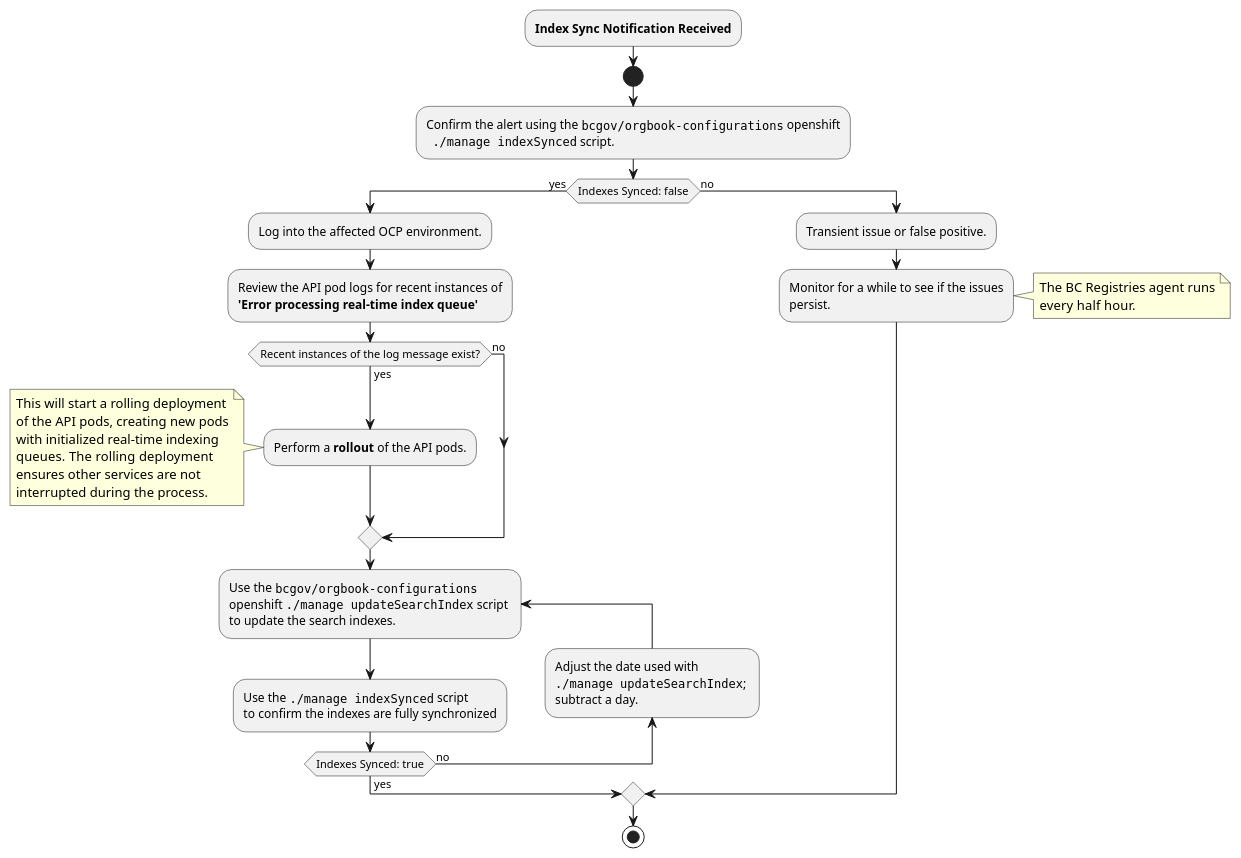
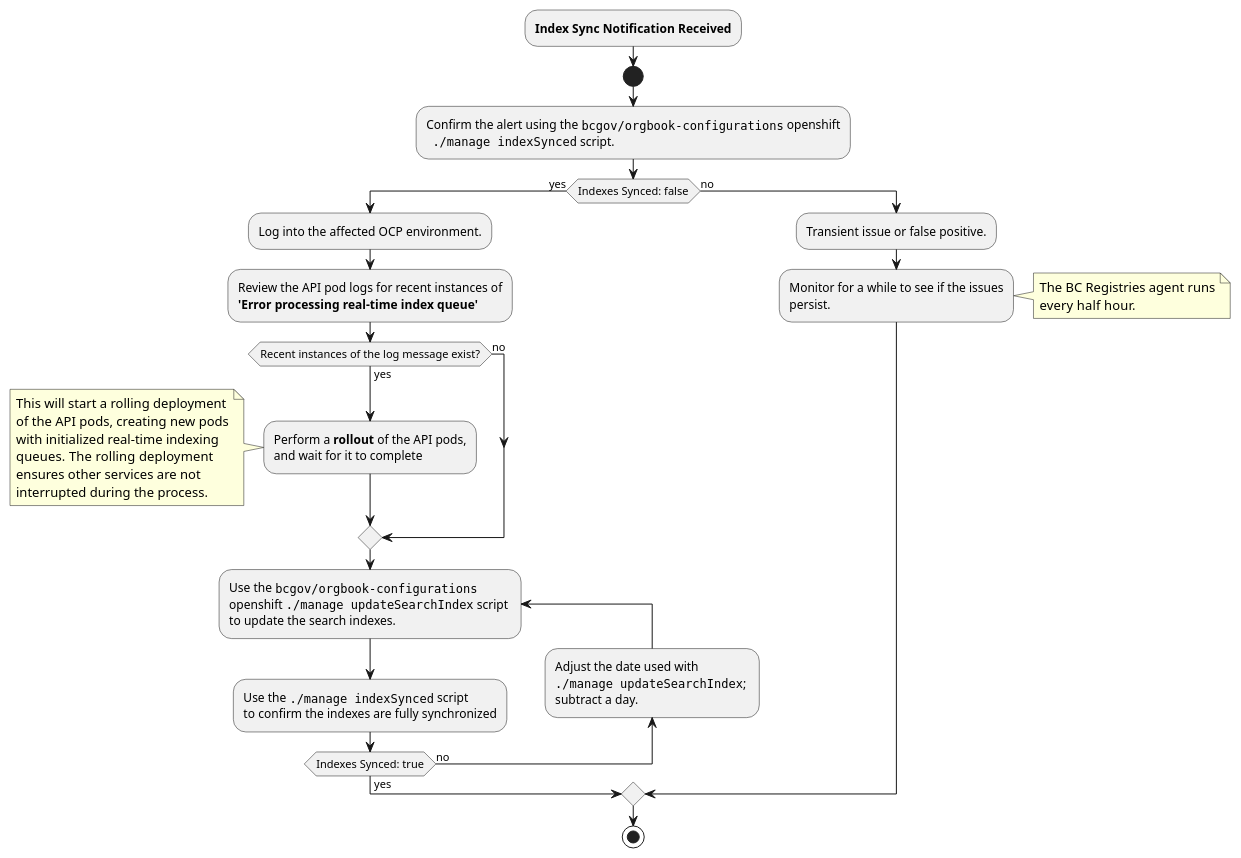
One commit to bcgov/DITP-DevOps changed the diagram in docs/index-sync-decision-tree.puml. Above: the diagram before and after it, drawn with PlantUML. The commit also changed 2 other files, not shown here.

```diff
--- a/docs/index-sync-decision-tree.puml
+++ b/docs/index-sync-decision-tree.puml
@@ -1,41 +1,42 @@
 @startuml
 
 :**Index Sync Notification Received**;
 start
 :Confirm the alert using the ""bcgov/orgbook-configurations"" openshift 
   ""./manage indexSynced"" script.;
 
 if (Indexes Synced: false) then (yes)
   :Log into the affected OCP environment.;
   :Review the API pod logs for recent instances of
   **'Error processing real-time index queue'**;
 
   if(Recent instances of the log message exist?) then (yes)
-    :Perform a **rollout** of the API pods.;
+    :Perform a **rollout** of the API pods, 
+    and wait for it to complete;
     note left
       This will start a rolling deployment
       of the API pods, creating new pods
       with initialized real-time indexing
       queues.  The rolling deployment
       ensures other services are not
       interrupted during the process.
     end note
   else (no)
   endif
     repeat :Use the ""bcgov/orgbook-configurations"" \nopenshift ""./manage updateSearchIndex"" script \nto update the search indexes.;
       :Use the ""./manage indexSynced"" script 
       to confirm the indexes are fully synchronized;
       backward :Adjust the date used with \n""./manage updateSearchIndex""; \nsubtract a day.; 
     repeat while (Indexes Synced: true) is (no) not (yes)
 else (no)
     :Transient issue or false positive.;
     :Monitor for a while to see if the issues
     persist.;
     note right
       The BC Registries agent runs
       every half hour.
     end note
 endif
 
 stop
 @enduml
```
